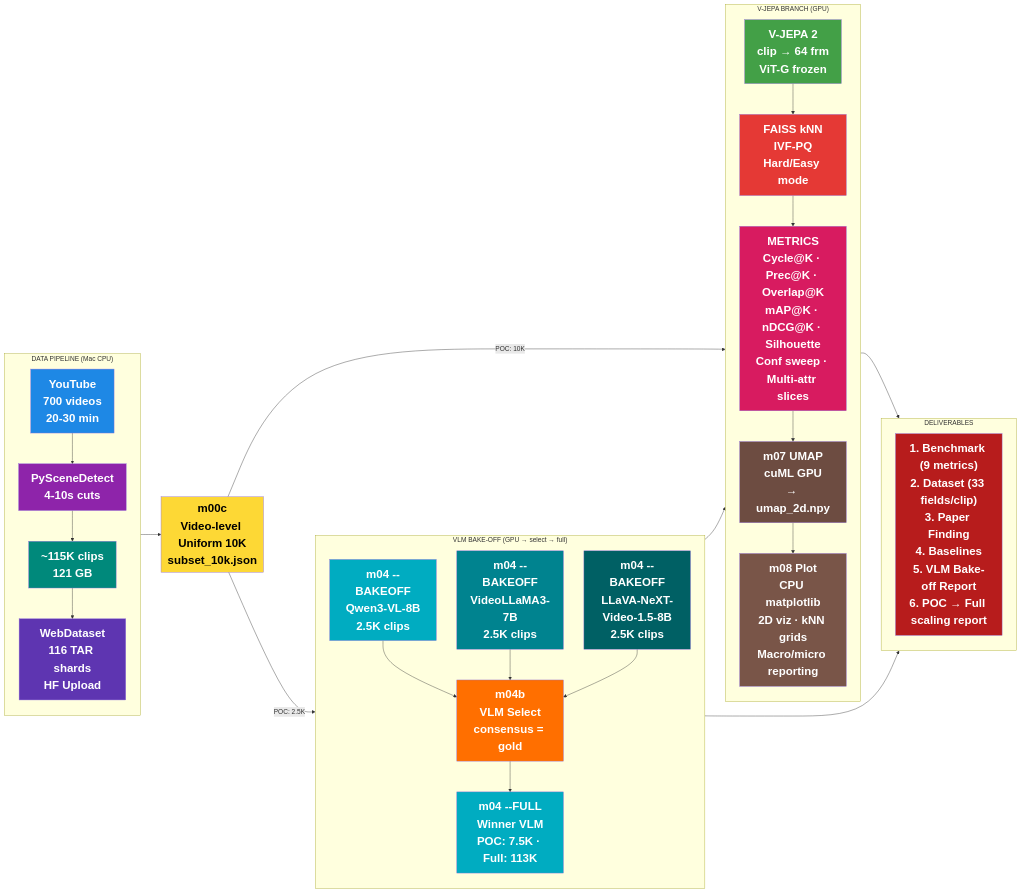
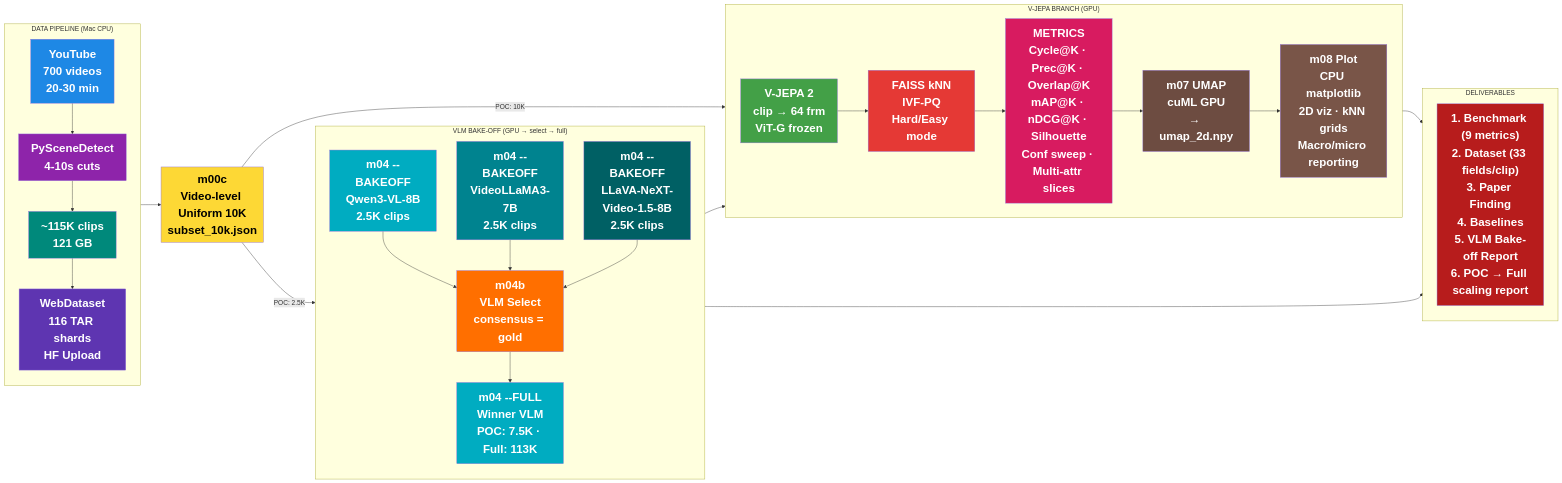
Before and after one commit to kapilw25/factorjepa: the first of 2 diagrams in iter/iter6/plan_HIGH_LEVEL.md, drawn with Mermaid. The commit also changed 926 other files, not shown here.

````diff
--- a/iter/iter6/plan_HIGH_LEVEL.md
+++ b/iter/iter6/plan_HIGH_LEVEL.md
@@ -77,56 +77,56 @@
 ```mermaid
 flowchart LR
     subgraph DATA ["DATA PIPELINE (Mac CPU)"]
         direction TB
         A["YouTube<br>700 videos<br>20-30 min"] --> B["PySceneDetect<br>4-10s cuts"]
         B --> C["~115K clips<br>121 GB"]
         C --> D["WebDataset<br>116 TAR shards<br>HF Upload"]
     end
 
     subgraph SUB ["m00c<br>Video-level Uniform 10K<br>subset_10k.json"]
     end
 
     subgraph VJEPA ["V-JEPA BRANCH (GPU)"]
-        direction TB
+        direction LR
         E["V-JEPA 2<br>clip → 64 frm<br>ViT-G frozen"] --> F["FAISS kNN<br>IVF-PQ<br>Hard/Easy mode"]
         F --> G["METRICS<br>Cycle@K · Prec@K · Overlap@K<br>mAP@K · nDCG@K · Silhouette<br>Conf sweep · Multi-attr slices"]
         G --> H1["m07 UMAP<br>cuML GPU<br>→ umap_2d.npy"]
         H1 --> H2["m08 Plot<br>CPU matplotlib<br>2D viz · kNN grids<br>Macro/micro reporting"]
     end
 
     subgraph VLM ["VLM BAKE-OFF (GPU → select → full)"]
         direction TB
         I1["m04 --BAKEOFF<br>Qwen3-VL-8B<br>2.5K clips"] --> S["m04b<br>VLM Select<br>consensus = gold"]
         I2["m04 --BAKEOFF<br>VideoLLaMA3-7B<br>2.5K clips"] --> S
         I3["m04 --BAKEOFF<br>LLaVA-NeXT-Video-1.5-8B<br>2.5K clips"] --> S
         S --> W["m04 --FULL<br>Winner VLM<br>POC: 7.5K · Full: 113K"]
     end
 
     subgraph OUT ["DELIVERABLES"]
         K["1. Benchmark (9 metrics)<br>2. Dataset (33 fields/clip)<br>3. Paper Finding<br>4. Baselines<br>5. VLM Bake-off Report<br>6. POC → Full scaling report"]
     end
 
     DATA --> SUB
     SUB -->|"POC: 10K"| VJEPA
     SUB -->|"POC: 2.5K"| VLM
     VLM --> VJEPA
     VJEPA --> OUT
     VLM --> OUT
 
     style A fill:#1e88e5,color:#fff,font-weight:bold,font-size:28px
     style B fill:#8e24aa,color:#fff,font-weight:bold,font-size:28px
     style C fill:#00897b,color:#fff,font-weight:bold,font-size:28px
     style D fill:#5e35b1,color:#fff,font-weight:bold,font-size:28px
     style SUB fill:#fdd835,color:#000,font-weight:bold,font-size:28px
     style E fill:#43a047,color:#fff,font-weight:bold,font-size:28px
     style F fill:#e53935,color:#fff,font-weight:bold,font-size:28px
     style G fill:#d81b60,color:#fff,font-weight:bold,font-size:28px
     style H1 fill:#6d4c41,color:#fff,font-weight:bold,font-size:28px
     style H2 fill:#795548,color:#fff,font-weight:bold,font-size:28px
     style I1 fill:#00acc1,color:#fff,font-weight:bold,font-size:28px
     style I2 fill:#00838f,color:#fff,font-weight:bold,font-size:28px
     style I3 fill:#006064,color:#fff,font-weight:bold,font-size:28px
     style S fill:#ff6f00,color:#fff,font-weight:bold,font-size:28px
     style W fill:#00acc1,color:#fff,font-weight:bold,font-size:28px
     style K fill:#b71c1c,color:#fff,font-weight:bold,font-size:28px
 ```
````
